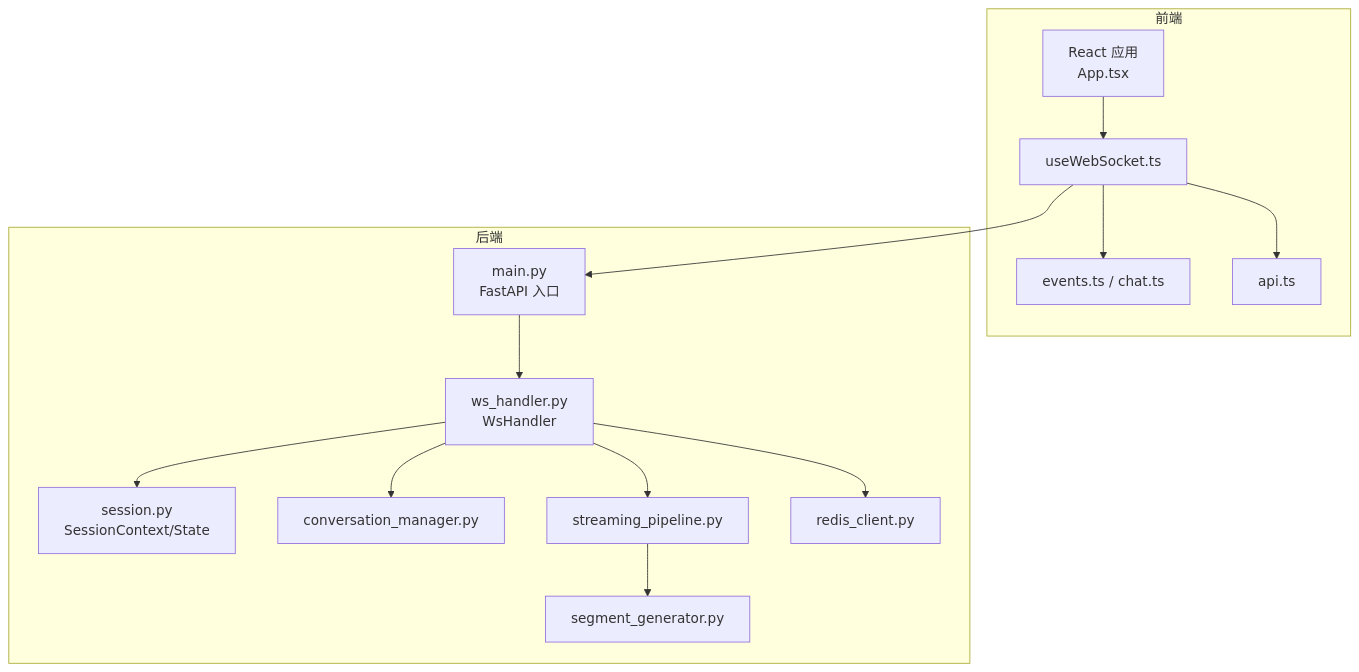
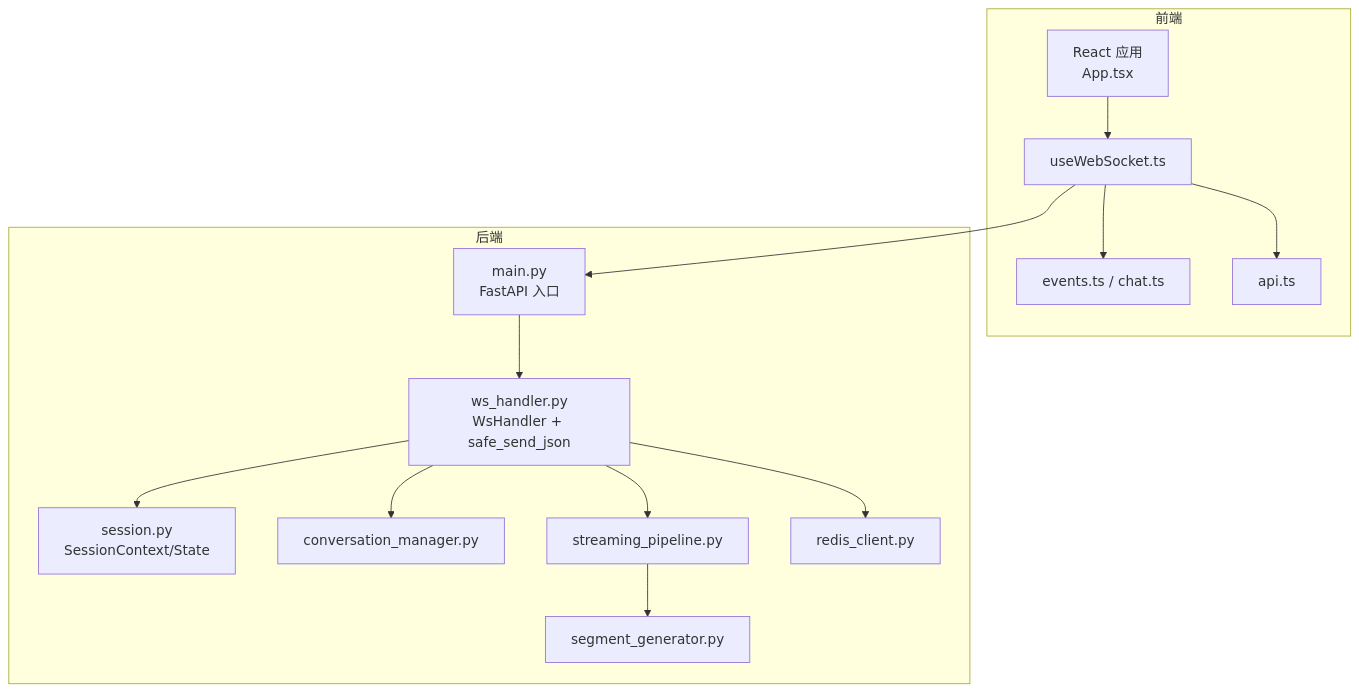
One commit to leo21cn/real-time-talk changed the first of 7 diagrams in .qoder/repowiki/zh/content/后端服务/WebSocket 通信协议.md. Above: the diagram before and after it, drawn with Mermaid. The commit also changed other lines of this file and 3 other files, not shown here.

````diff
--- a/.qoder/repowiki/zh/content/后端服务/WebSocket 通信协议.md
+++ b/.qoder/repowiki/zh/content/后端服务/WebSocket 通信协议.md
@@ -62,28 +63,28 @@
 ```mermaid
 graph TB
 subgraph "前端"
 UI["React 应用<br/>App.tsx"]
 WSHook["useWebSocket.ts"]
 Types["events.ts / chat.ts"]
 API["api.ts"]
 end
 subgraph "后端"
 Main["main.py<br/>FastAPI 入口"]
-WSH["ws_handler.py<br/>WsHandler"]
+WSH["ws_handler.py<br/>WsHandler + safe_send_json"]
 Model["session.py<br/>SessionContext/State"]
 Conv["conversation_manager.py"]
 Pipe["streaming_pipeline.py"]
 Gen["segment_generator.py"]
 Redis["redis_client.py"]
 end
 UI --> WSHook
 WSHook --> Types
 WSHook --> API
 WSHook --> Main
 Main --> WSH
 WSH --> Model
 WSH --> Conv
 WSH --> Pipe
 Pipe --> Gen
 WSH --> Redis
 ```
````
